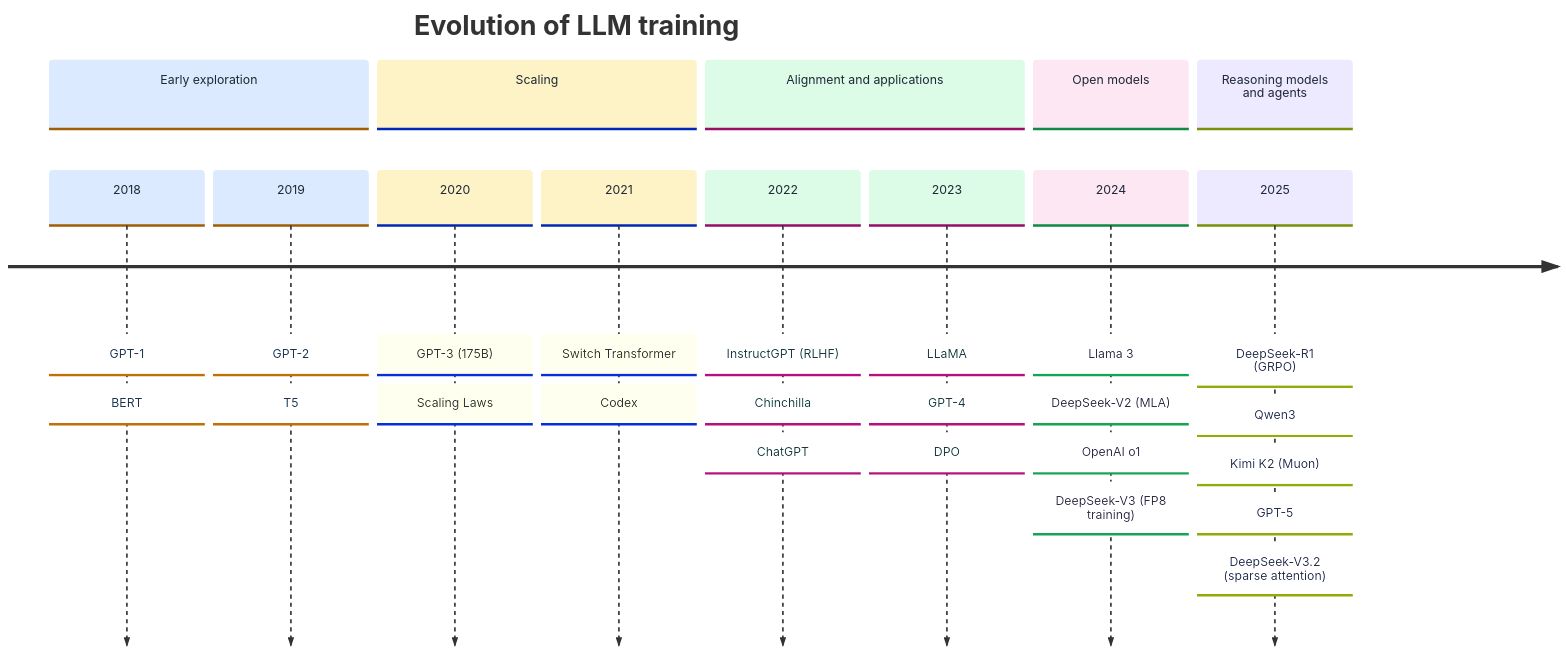
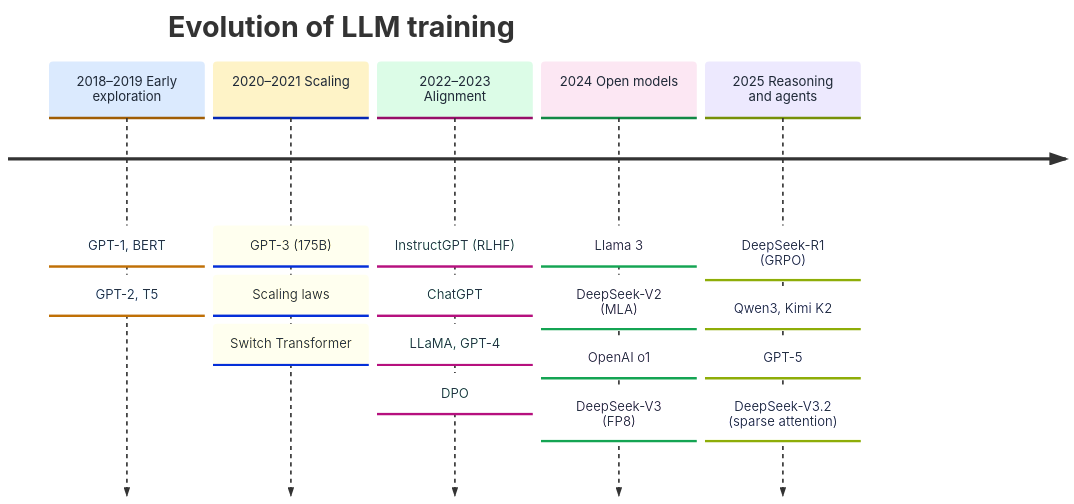
One commit to TingdeLiu/tingdeliu.github.io changed the first of 29 diagrams in _translations/en/research/LLM-Training-Survey.md. Above: the diagram before and after it, drawn with Mermaid. The commit also changed other lines of this file and 2 other files, not shown here.

Commit message:
style(llm-survey): merge timeline into five columns for larger text

````diff
--- a/_translations/en/research/LLM-Training-Survey.md
+++ b/_translations/en/research/LLM-Training-Survey.md
@@ -133,18 +133,10 @@
 ```mermaid
-%%{init: { 'theme': 'base', 'themeVariables': { 'fontSize': '15px', 'cScale0': '#dbeafe', 'cScale1': '#fef3c7', 'cScale2': '#dcfce7', 'cScale3': '#fce7f3', 'cScale4': '#ede9fe', 'cScaleLabel0': '#1f2937', 'cScaleLabel1': '#1f2937', 'cScaleLabel2': '#1f2937', 'cScaleLabel3': '#1f2937', 'cScaleLabel4': '#1f2937' } } }%%
+%%{init: { 'theme': 'base', 'themeVariables': { 'fontSize': '16px', 'cScale0': '#dbeafe', 'cScale1': '#fef3c7', 'cScale2': '#dcfce7', 'cScale3': '#fce7f3', 'cScale4': '#ede9fe', 'cScaleLabel0': '#1f2937', 'cScaleLabel1': '#1f2937', 'cScaleLabel2': '#1f2937', 'cScaleLabel3': '#1f2937', 'cScaleLabel4': '#1f2937' } } }%%
 timeline
     title Evolution of LLM training
-    section Early exploration
-        2018 : GPT-1 : BERT
-        2019 : GPT-2 : T5
-    section Scaling
-        2020 : GPT-3 (175B) : Scaling Laws
-        2021 : Switch Transformer : Codex
-    section Alignment and applications
-        2022 : InstructGPT (RLHF) : Chinchilla : ChatGPT
-        2023 : LLaMA : GPT-4 : DPO
-    section Open models
-        2024 : Llama 3 : DeepSeek-V2 (MLA) : OpenAI o1 : DeepSeek-V3 (FP8 training)
-    section Reasoning models and agents
-        2025 : DeepSeek-R1 (GRPO) : Qwen3 : Kimi K2 (Muon) : GPT-5 : DeepSeek-V3.2 (sparse attention)
+    2018–2019 Early exploration : GPT-1, BERT : GPT-2, T5
+    2020–2021 Scaling : GPT-3 (175B) : Scaling laws : Switch Transformer
+    2022–2023 Alignment : InstructGPT (RLHF) : ChatGPT : LLaMA, GPT-4 : DPO
+    2024 Open models : Llama 3 : DeepSeek-V2 (MLA) : OpenAI o1 : DeepSeek-V3 (FP8)
+    2025 Reasoning and agents : DeepSeek-R1 (GRPO) : Qwen3, Kimi K2 : GPT-5 : DeepSeek-V3.2 (sparse attention)
 ```
````
